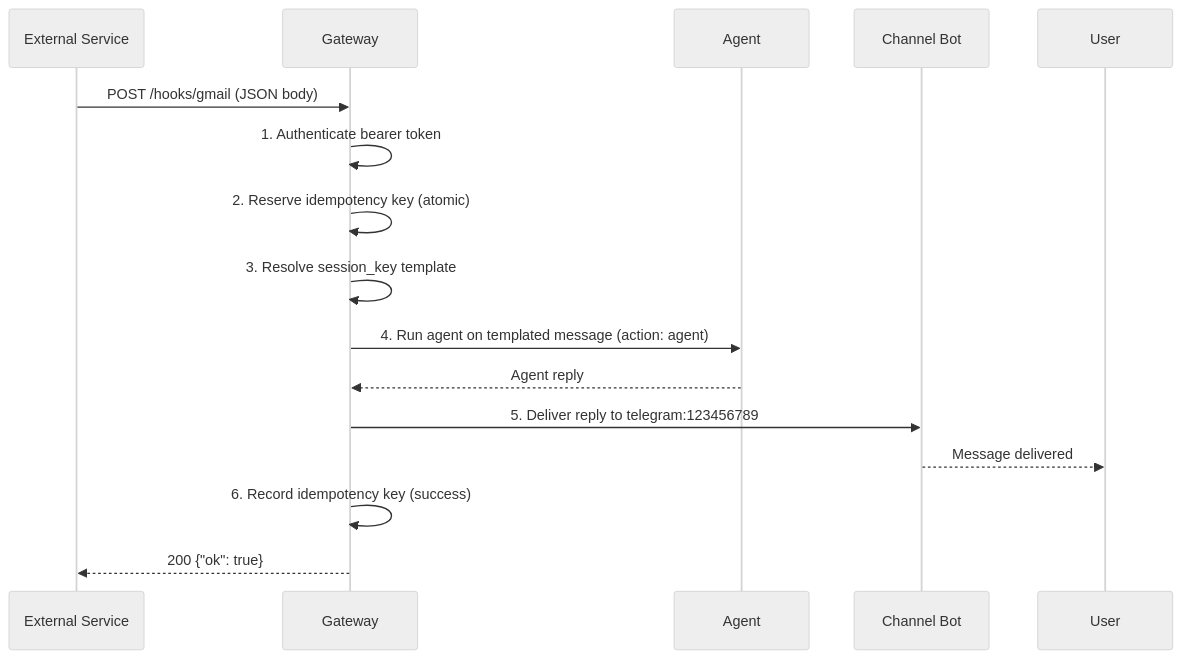
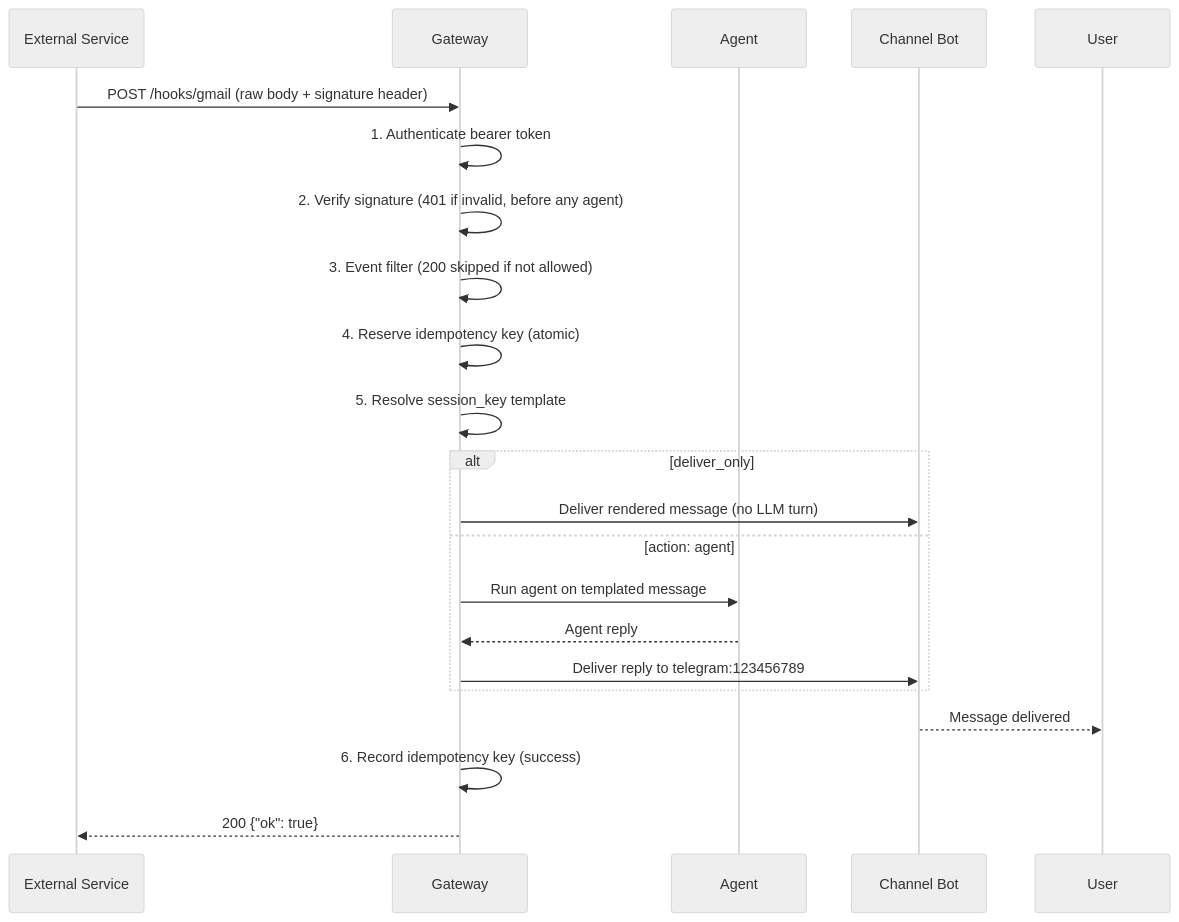
Before and after one commit to MervinPraison/PraisonAIDocs: the second of 3 diagrams in docs/features/gateway-inbound-hooks.mdx, drawn with Mermaid (neutral theme). The commit also changed other lines of this file and 3 other files, not shown here.

Commit message:
docs: document gateway hook signature verification, event filtering, deliver-only mode (fixes #2138)

````diff
--- a/docs/features/gateway-inbound-hooks.mdx
+++ b/docs/features/gateway-inbound-hooks.mdx
@@ -139,19 +139,25 @@
 ```mermaid
 sequenceDiagram
     participant ES as External Service
     participant GW as Gateway
     participant AG as Agent
     participant CB as Channel Bot
     participant US as User
 
-    ES->>GW: POST /hooks/gmail (JSON body)
+    ES->>GW: POST /hooks/gmail (raw body + signature header)
     GW->>GW: 1. Authenticate bearer token
-    GW->>GW: 2. Reserve idempotency key (atomic)
-    GW->>GW: 3. Resolve session_key template
-    GW->>AG: 4. Run agent on templated message (action: agent)
-    AG-->>GW: Agent reply
-    GW->>CB: 5. Deliver reply to telegram:123456789
+    GW->>GW: 2. Verify signature (401 if invalid, before any agent)
+    GW->>GW: 3. Event filter (200 skipped if not allowed)
+    GW->>GW: 4. Reserve idempotency key (atomic)
+    GW->>GW: 5. Resolve session_key template
+    alt deliver_only
+        GW->>CB: Deliver rendered message (no LLM turn)
+    else action: agent
+        GW->>AG: Run agent on templated message
+        AG-->>GW: Agent reply
+        GW->>CB: Deliver reply to telegram:123456789
+    end
     CB-->>US: Message delivered
     GW->>GW: 6. Record idempotency key (success)
     GW-->>ES: 200 {"ok": true}
 ```
````
